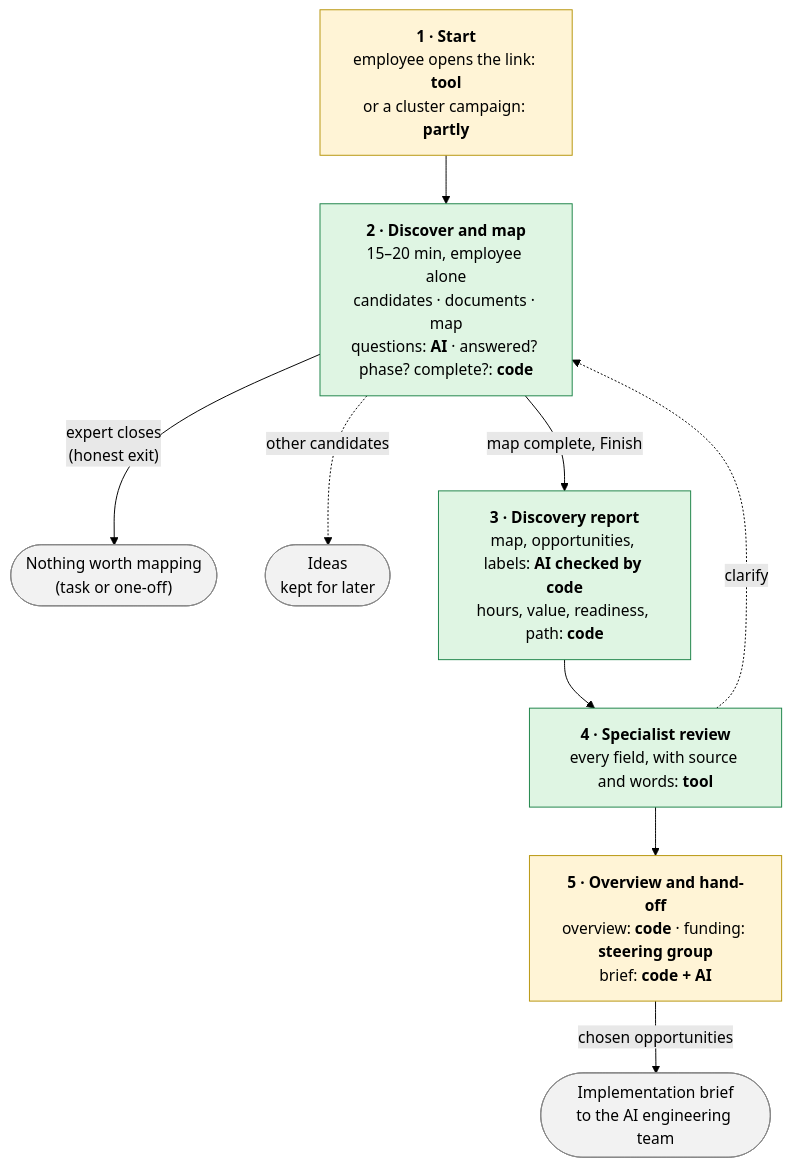
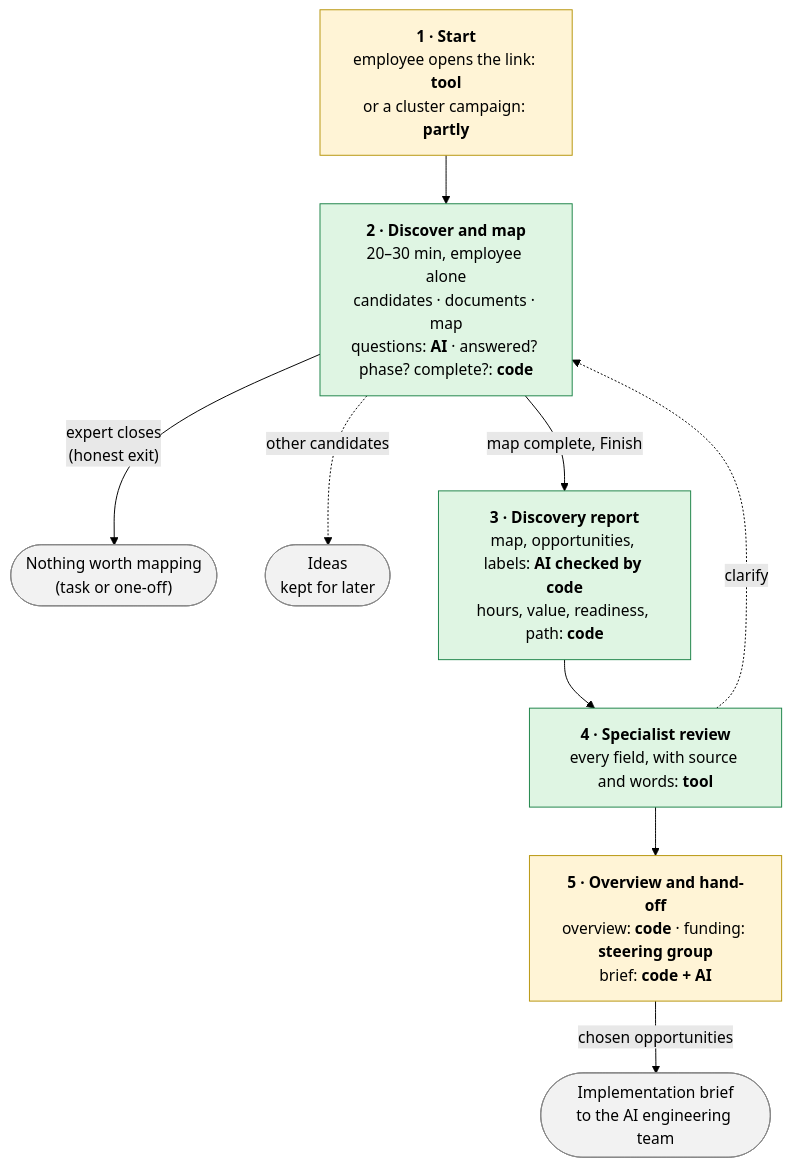
Before and after one commit to L-Neur0/northstar-agentic-ops: the second of 3 diagrams in docs/01-use-case/use-case.md, drawn with Mermaid (forest theme). The commit also changed other lines of this file and 4 other files, not shown here.

````diff
--- a/docs/01-use-case/use-case.md
+++ b/docs/01-use-case/use-case.md
@@ -597,25 +609,25 @@
 ```mermaid
 flowchart TD
     S1["<b>1 · Start</b><br/>employee opens the link: <b>tool</b><br/>or a cluster campaign: <b>partly</b>"]
-    S2["<b>2 · Discover and map</b><br/>15–20 min, employee alone<br/>candidates · documents · map<br/>questions: <b>AI</b> · answered? phase? complete?: <b>code</b>"]
+    S2["<b>2 · Discover and map</b><br/>20–30 min, employee alone<br/>candidates · documents · map<br/>questions: <b>AI</b> · answered? phase? complete?: <b>code</b>"]
     X(["Nothing worth mapping<br/>(task or one-off)"])
     IDEA(["Ideas<br/>kept for later"])
     S3["<b>3 · Discovery report</b><br/>map, opportunities, labels: <b>AI checked by code</b><br/>hours, value, readiness, path: <b>code</b>"]
     S4["<b>4 · Specialist review</b><br/>every field, with source and words: <b>tool</b>"]
     S5["<b>5 · Overview and hand-off</b><br/>overview: <b>code</b> · funding: <b>steering group</b><br/>brief: <b>code + AI</b>"]
     OUT(["Implementation brief<br/>to the AI engineering team"])
 
     S1 --> S2
     S2 -- "expert closes<br/>(honest exit)" --> X
     S2 -. "other candidates" .-> IDEA
     S2 -- "map complete, Finish" --> S3 --> S4 --> S5
     S5 -- "chosen opportunities" --> OUT
     S4 -. "clarify" .-> S2
 
     classDef tool fill:#dff5e3,stroke:#1e8449,color:#000;
     classDef partly fill:#fff4d6,stroke:#b7950b,color:#000;
     classDef outside fill:#f2f2f2,stroke:#888,color:#000;
     class S2,S3,S4 tool;
     class S1,S5 partly;
     class OUT,X,IDEA outside;
 ```
````
